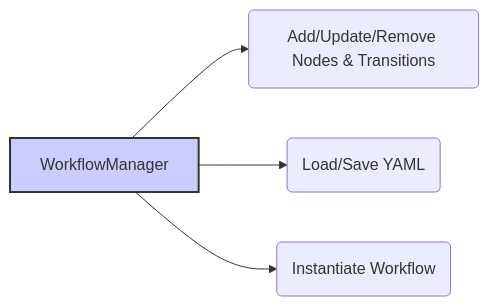
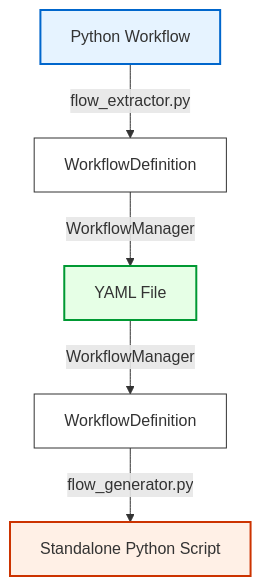
One commit to quantalogic/quantalogic changed the fifth of 6 diagrams in quantalogic/flow/flow_yaml.md. Above: the diagram before and after it, drawn with Mermaid. The commit also changed other lines of this file, not shown here.

````diff
--- a/quantalogic/flow/flow_yaml.md
+++ b/quantalogic/flow/flow_yaml.md
@@ -324,7 +416,12 @@
 ```mermaid
-graph LR
-    A[WorkflowManager] --> B(Add/Update/Remove Nodes & Transitions);
-    A --> C(Load/Save YAML);
-    A --> D(Instantiate Workflow);
-    style A fill:#ccf,stroke:#333,stroke-width:2px
+graph TD
+    A[Python Workflow] -->|flow_extractor.py| B[WorkflowDefinition]
+    B -->|WorkflowManager| C[YAML File]
+    C -->|WorkflowManager| D[WorkflowDefinition]
+    D -->|flow_generator.py| E[Standalone Python Script]
+    style A fill:#e6f3ff,stroke:#0066cc,stroke-width:2px
+    style B fill:#fff,stroke:#333
+    style C fill:#e6ffe6,stroke:#009933,stroke-width:2px
+    style D fill:#fff,stroke:#333
+    style E fill:#fff0e6,stroke:#cc3300,stroke-width:2px
 ```
````
